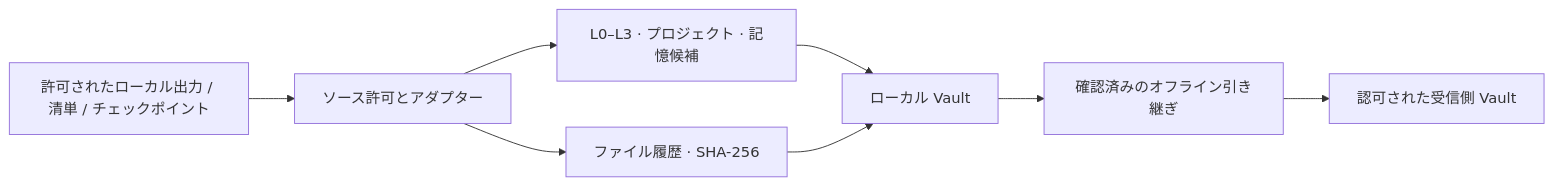
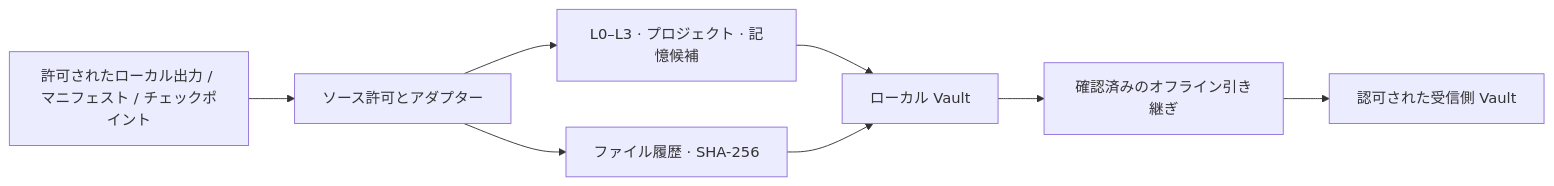
Before and after one commit to ranchen-love/ai-memory-hub-v2-1-review: the diagram in README.ja.md, drawn with Mermaid.

Commit message:
docs(i18n): correct Japanese manifest terminology

````diff
--- a/README.ja.md
+++ b/README.ja.md
@@ -25,10 +25,10 @@
 ```mermaid
 flowchart LR
-  A["許可されたローカル出力 / 清単 / チェックポイント"] --> B["ソース許可とアダプター"]
+  A["許可されたローカル出力 / マニフェスト / チェックポイント"] --> B["ソース許可とアダプター"]
   B --> C["L0–L3 · プロジェクト · 記憶候補"]
   B --> D["ファイル履歴 · SHA-256"]
   C --> E["ローカル Vault"]
   D --> E
   E --> F["確認済みのオフライン引き継ぎ"]
   F --> G["認可された受信側 Vault"]
 ```
````
